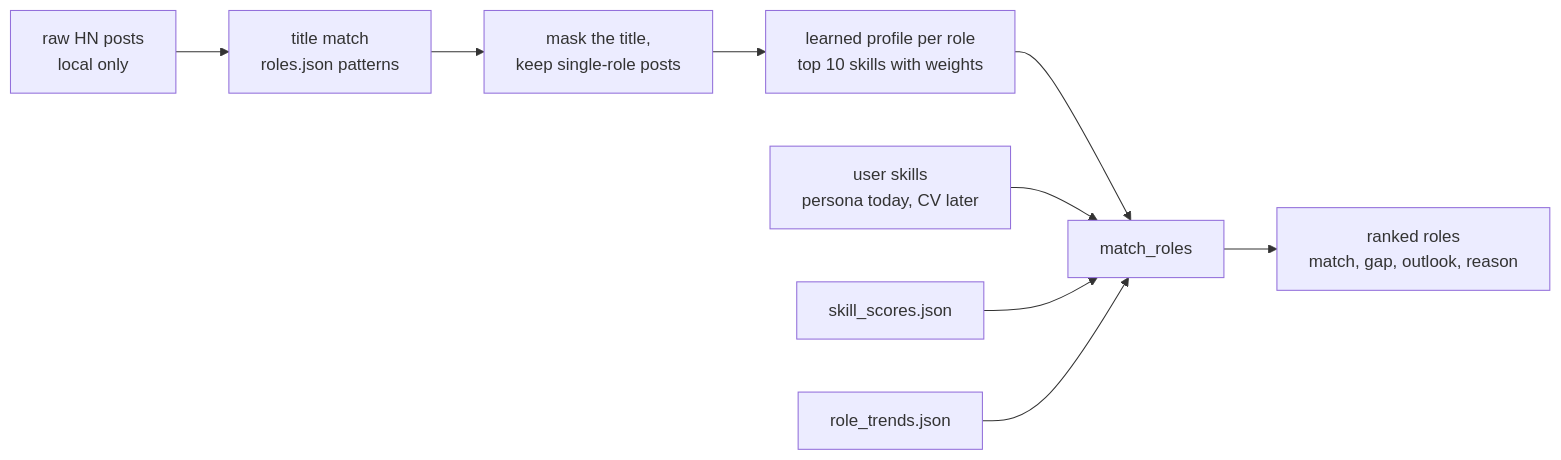
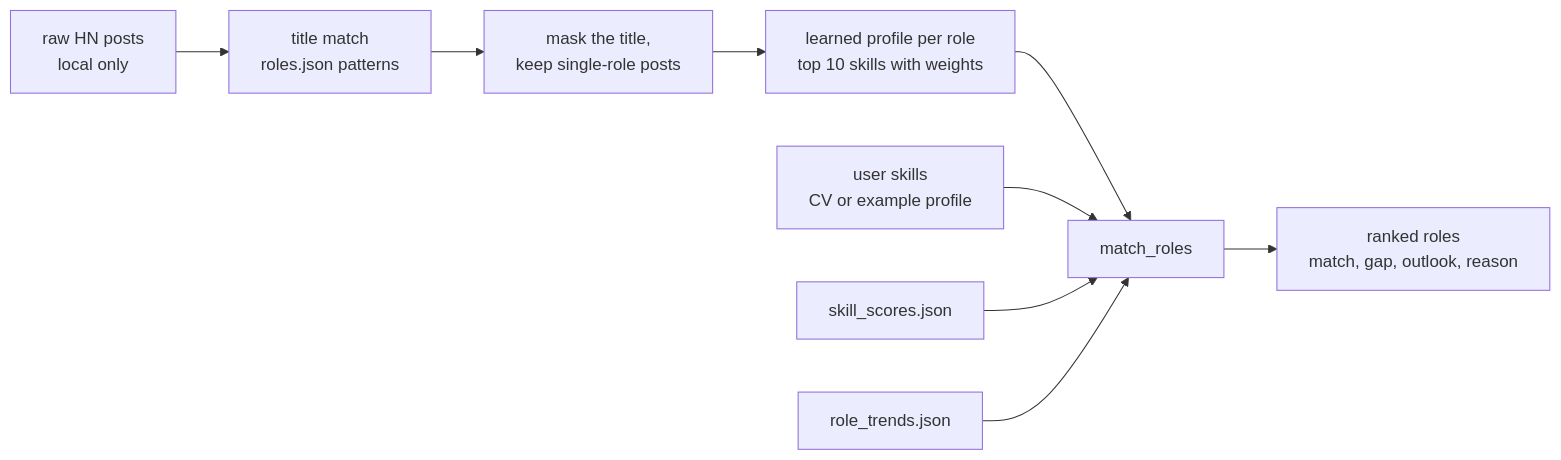
Before and after one commit to TayEeZhan/varity: the third of 9 diagrams in docs/architecture.md, drawn with Mermaid. The commit also changed other lines of this file and 14 other files, not shown here.

````diff
--- a/docs/architecture.md
+++ b/docs/architecture.md
@@ -223,11 +223,11 @@
 ```mermaid
 flowchart LR
     P["raw HN posts<br/>local only"] --> T["title match<br/>roles.json patterns"]
     T --> M["mask the title,<br/>keep single-role posts"]
     M --> L["learned profile per role<br/>top 10 skills with weights"]
     L --> R["match_roles"]
-    U["user skills<br/>persona today, CV later"] --> R
+    U["user skills<br/>CV or example profile"] --> R
     S["skill_scores.json"] --> R
     RT["role_trends.json"] --> R
     R --> O["ranked roles<br/>match, gap, outlook, reason"]
 ```
````
